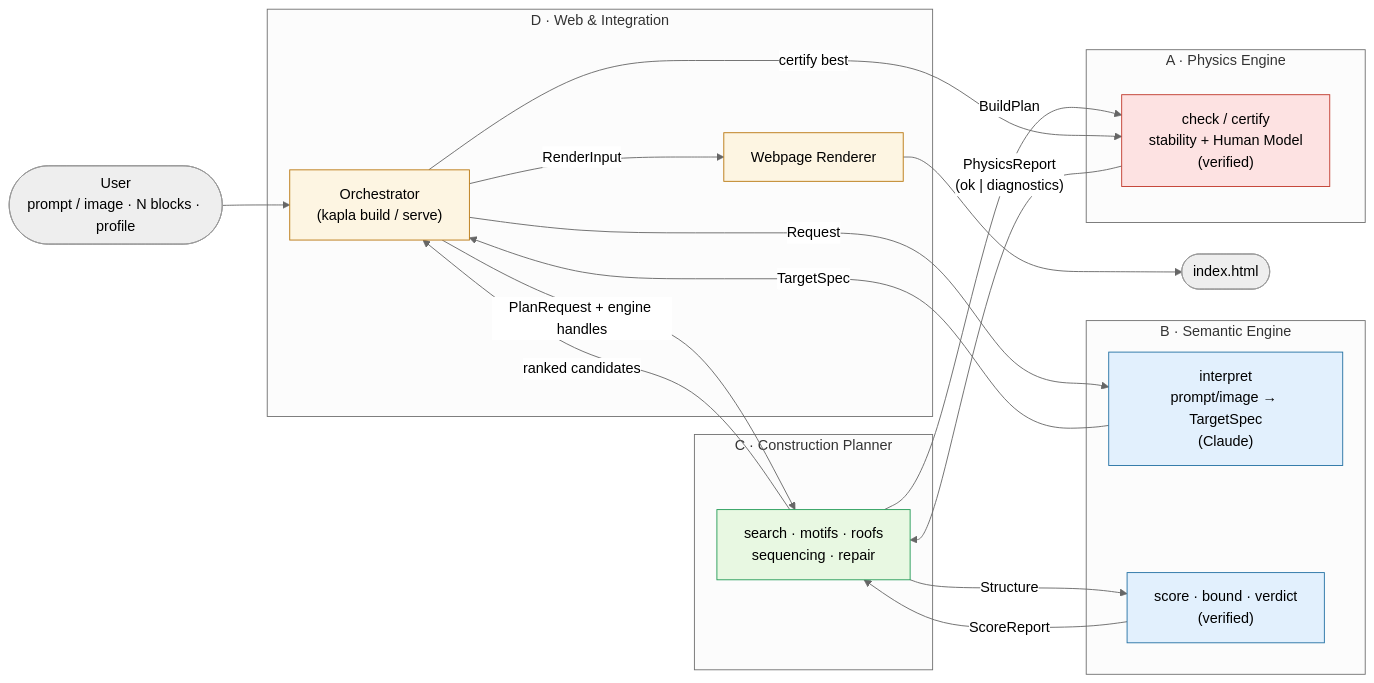
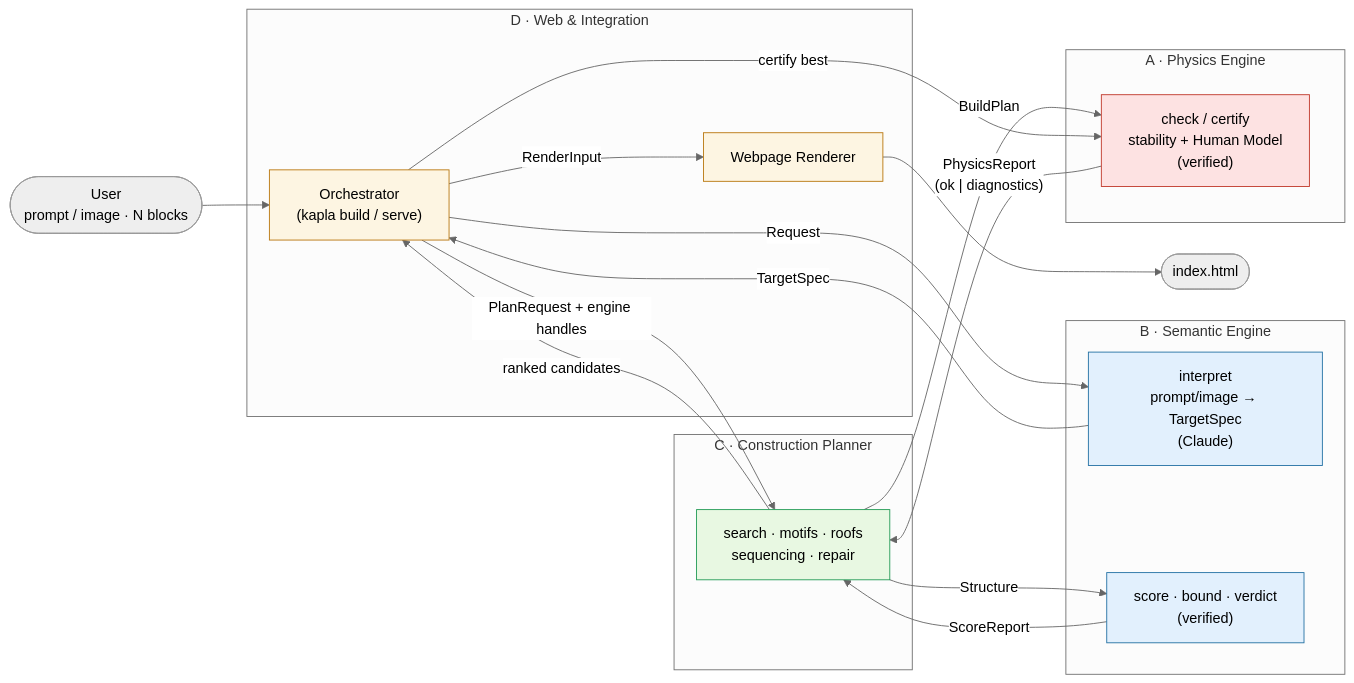
Before and after one commit to johspaeth/KaplaBuilder: the first of 7 diagrams in docs/WORKSPLIT.md, drawn with Mermaid (neutral theme). The commit also changed other lines of this file and 9 other files, not shown here.

````diff
--- a/docs/WORKSPLIT.md
+++ b/docs/WORKSPLIT.md
@@ -20,41 +20,41 @@
 ```mermaid
 flowchart LR
-  user(["User<br/>prompt / image · N blocks · profile"])
+  user(["User<br/>prompt / image · N blocks"])
 
   subgraph D["D · Web & Integration"]
     orch["Orchestrator<br/>(kapla build / serve)"]
     web["Webpage Renderer"]
   end
 
   subgraph B["B · Semantic Engine"]
     interp["interpret<br/>prompt/image → TargetSpec<br/>(Claude)"]
     score["score · bound · verdict<br/>(verified)"]
   end
 
   subgraph C["C · Construction Planner"]
     plan["search · motifs · roofs<br/>sequencing · repair"]
   end
 
   subgraph A["A · Physics Engine"]
     check["check / certify<br/>stability + Human Model<br/>(verified)"]
   end
 
   user --> orch
   orch -- "Request" --> interp
   interp -- "TargetSpec" --> orch
   orch -- "PlanRequest + engine handles" --> plan
   plan -- "BuildPlan" --> check
   check -- "PhysicsReport<br/>(ok | diagnostics)" --> plan
   plan -- "Structure" --> score
   score -- "ScoreReport" --> plan
   plan -- "ranked candidates" --> orch
   orch -- "certify best" --> check
   orch -- "RenderInput" --> web
   web --> out(["index.html"])
 
   classDef a fill:#fde2e2,stroke:#c0392b;
   classDef b fill:#e2f0fd,stroke:#2471a3;
   classDef c fill:#e8f8e2,stroke:#239b56;
   classDef d fill:#fdf5e2,stroke:#b9770e;
   class check a; class interp,score b; class plan c; class orch,web d;
 ```
````
